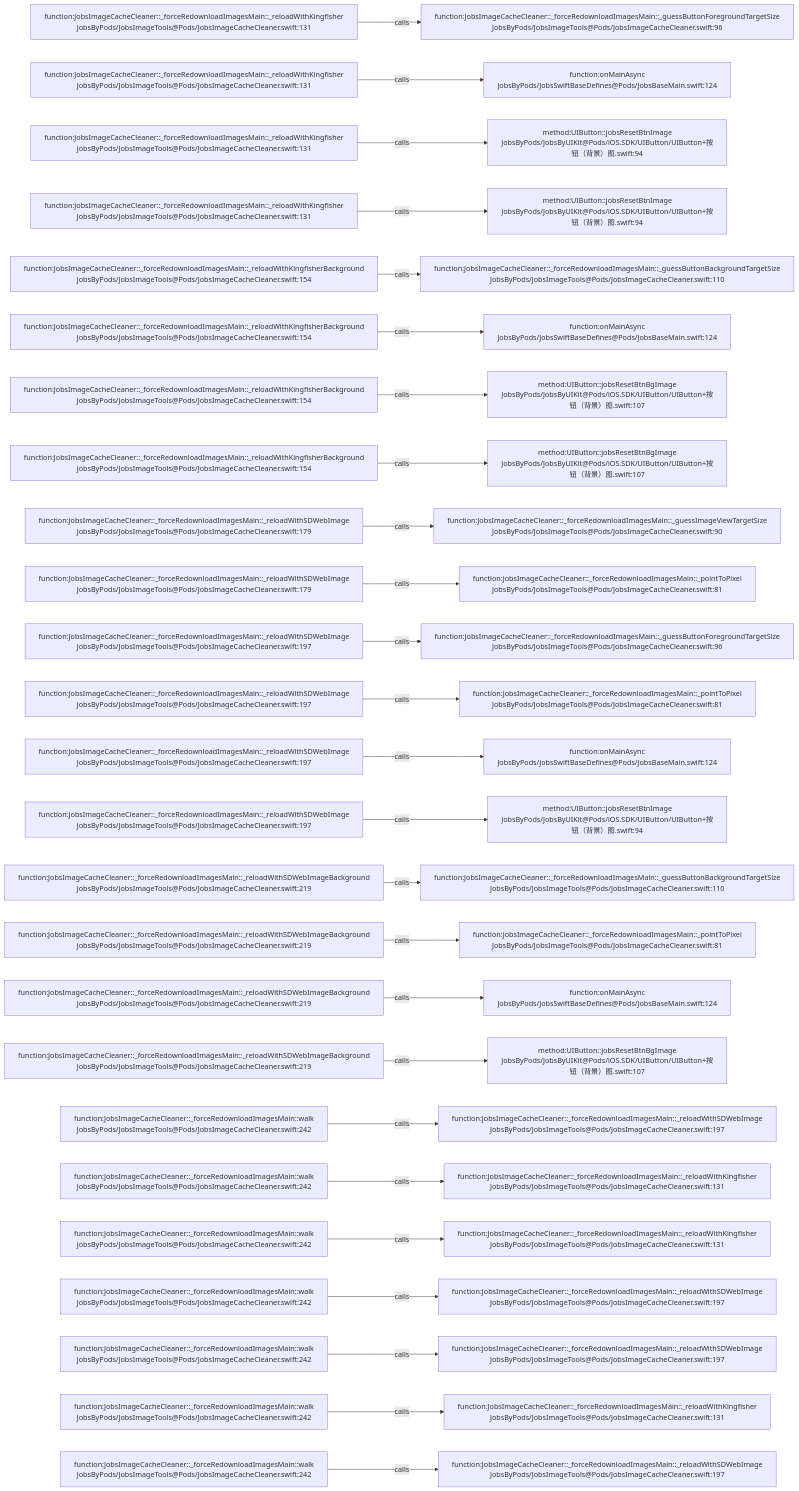
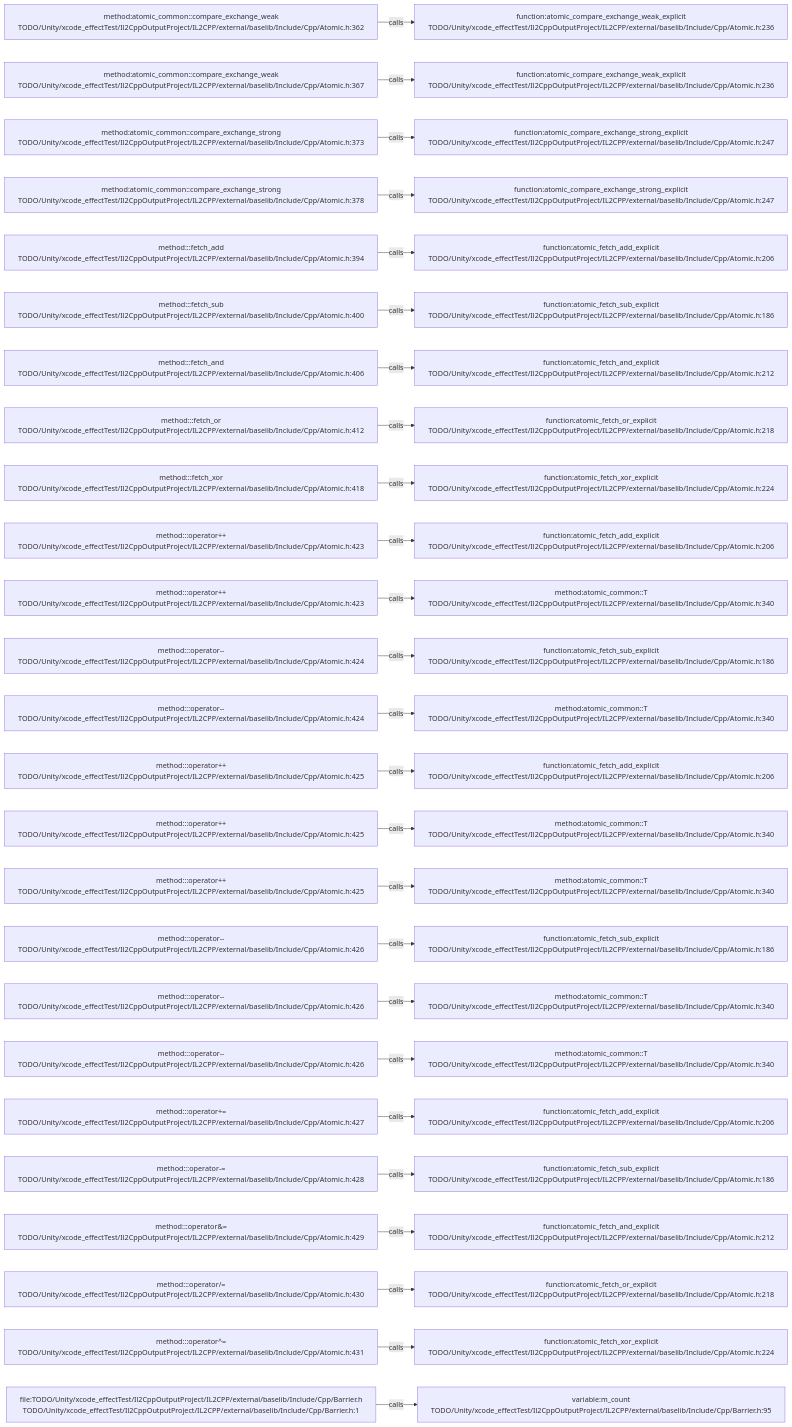
One commit to JobsKits/JobsSwiftBaseConfigDemo changed the diagram in .codegraph/codegraph.md/graphs/calls-126.md. Above: the diagram before and after it, drawn with Mermaid. The commit also changed 569 other files, not shown here.

````diff
--- a/.codegraph/codegraph.md/graphs/calls-126.md
+++ b/.codegraph/codegraph.md/graphs/calls-126.md
@@ -13,78 +13,78 @@
 ```mermaid
 flowchart LR
-  S1["function:JobsImageCacheCleaner::_forceRedownloadImagesMain::_reloadWithKingfisher<br/>JobsByPods/JobsImageTools@Pods/JobsImageCacheCleaner.swift:131"]
-  T1["function:JobsImageCacheCleaner::_forceRedownloadImagesMain::_guessButtonForegroundTargetSize<br/>JobsByPods/JobsImageTools@Pods/JobsImageCacheCleaner.swift:96"]
+  S1["method:atomic_common::compare_exchange_weak<br/>TODO/Unity/xcode_effectTest/Il2CppOutputProject/IL2CPP/external/baselib/Include/Cpp/Atomic.h:362"]
+  T1["function:atomic_compare_exchange_weak_explicit<br/>TODO/Unity/xcode_effectTest/Il2CppOutputProject/IL2CPP/external/baselib/Include/Cpp/Atomic.h:236"]
   S1 -->|calls| T1
-  S2["function:JobsImageCacheCleaner::_forceRedownloadImagesMain::_reloadWithKingfisher<br/>JobsByPods/JobsImageTools@Pods/JobsImageCacheCleaner.swift:131"]
-  T2["function:onMainAsync<br/>JobsByPods/JobsSwiftBaseDefines@Pods/JobsBaseMain.swift:124"]
+  S2["method:atomic_common::compare_exchange_weak<br/>TODO/Unity/xcode_effectTest/Il2CppOutputProject/IL2CPP/external/baselib/Include/Cpp/Atomic.h:367"]
+  T2["function:atomic_compare_exchange_weak_explicit<br/>TODO/Unity/xcode_effectTest/Il2CppOutputProject/IL2CPP/external/baselib/Include/Cpp/Atomic.h:236"]
   S2 -->|calls| T2
-  S3["function:JobsImageCacheCleaner::_forceRedownloadImagesMain::_reloadWithKingfisher<br/>JobsByPods/JobsImageTools@Pods/JobsImageCacheCleaner.swift:131"]
-  T3["method:UIButton::jobsResetBtnImage<br/>JobsByPods/JobsByUIKit@Pods/iOS.SDK/UIButton/UIButton+按钮（背景）图.swift:94"]
+  S3["method:atomic_common::compare_exchange_strong<br/>TODO/Unity/xcode_effectTest/Il2CppOutputProject/IL2CPP/external/baselib/Include/Cpp/Atomic.h:373"]
+  T3["function:atomic_compare_exchange_strong_explicit<br/>TODO/Unity/xcode_effectTest/Il2CppOutputProject/IL2CPP/external/baselib/Include/Cpp/Atomic.h:247"]
   S3 -->|calls| T3
-  S4["function:JobsImageCacheCleaner::_forceRedownloadImagesMain::_reloadWithKingfisher<br/>JobsByPods/JobsImageTools@Pods/JobsImageCacheCleaner.swift:131"]
-  T4["method:UIButton::jobsResetBtnImage<br/>JobsByPods/JobsByUIKit@Pods/iOS.SDK/UIButton/UIButton+按钮（背景）图.swift:94"]
+  S4["method:atomic_common::compare_exchange_strong<br/>TODO/Unity/xcode_effectTest/Il2CppOutputProject/IL2CPP/external/baselib/Include/Cpp/Atomic.h:378"]
+  T4["function:atomic_compare_exchange_strong_explicit<br/>TODO/Unity/xcode_effectTest/Il2CppOutputProject/IL2CPP/external/baselib/Include/Cpp/Atomic.h:247"]
   S4 -->|calls| T4
-  S5["function:JobsImageCacheCleaner::_forceRedownloadImagesMain::_reloadWithKingfisherBackground<br/>JobsByPods/JobsImageTools@Pods/JobsImageCacheCleaner.swift:154"]
-  T5["function:JobsImageCacheCleaner::_forceRedownloadImagesMain::_guessButtonBackgroundTargetSize<br/>JobsByPods/JobsImageTools@Pods/JobsImageCacheCleaner.swift:110"]
+  S5["method:<anonymous>::fetch_add<br/>TODO/Unity/xcode_effectTest/Il2CppOutputProject/IL2CPP/external/baselib/Include/Cpp/Atomic.h:394"]
+  T5["function:atomic_fetch_add_explicit<br/>TODO/Unity/xcode_effectTest/Il2CppOutputProject/IL2CPP/external/baselib/Include/Cpp/Atomic.h:206"]
   S5 -->|calls| T5
-  S6["function:JobsImageCacheCleaner::_forceRedownloadImagesMain::_reloadWithKingfisherBackground<br/>JobsByPods/JobsImageTools@Pods/JobsImageCacheCleaner.swift:154"]
-  T6["function:onMainAsync<br/>JobsByPods/JobsSwiftBaseDefines@Pods/JobsBaseMain.swift:124"]
+  S6["method:<anonymous>::fetch_sub<br/>TODO/Unity/xcode_effectTest/Il2CppOutputProject/IL2CPP/external/baselib/Include/Cpp/Atomic.h:400"]
+  T6["function:atomic_fetch_sub_explicit<br/>TODO/Unity/xcode_effectTest/Il2CppOutputProject/IL2CPP/external/baselib/Include/Cpp/Atomic.h:186"]
   S6 -->|calls| T6
-  S7["function:JobsImageCacheCleaner::_forceRedownloadImagesMain::_reloadWithKingfisherBackground<br/>JobsByPods/JobsImageTools@Pods/JobsImageCacheCleaner.swift:154"]
-  T7["method:UIButton::jobsResetBtnBgImage<br/>JobsByPods/JobsByUIKit@Pods/iOS.SDK/UIButton/UIButton+按钮（背景）图.swift:107"]
+  S7["method:<anonymous>::fetch_and<br/>TODO/Unity/xcode_effectTest/Il2CppOutputProject/IL2CPP/external/baselib/Include/Cpp/Atomic.h:406"]
+  T7["function:atomic_fetch_and_explicit<br/>TODO/Unity/xcode_effectTest/Il2CppOutputProject/IL2CPP/external/baselib/Include/Cpp/Atomic.h:212"]
   S7 -->|calls| T7
-  S8["function:JobsImageCacheCleaner::_forceRedownloadImagesMain::_reloadWithKingfisherBackground<br/>JobsByPods/JobsImageTools@Pods/JobsImageCacheCleaner.swift:154"]
-  T8["method:UIButton::jobsResetBtnBgImage<br/>JobsByPods/JobsByUIKit@Pods/iOS.SDK/UIButton/UIButton+按钮（背景）图.swift:107"]
+  S8["method:<anonymous>::fetch_or<br/>TODO/Unity/xcode_effectTest/Il2CppOutputProject/IL2CPP/external/baselib/Include/Cpp/Atomic.h:412"]
+  T8["function:atomic_fetch_or_explicit<br/>TODO/Unity/xcode_effectTest/Il2CppOutputProject/IL2CPP/external/baselib/Include/Cpp/Atomic.h:218"]
   S8 -->|calls| T8
-  S9["function:JobsImageCacheCleaner::_forceRedownloadImagesMain::_reloadWithSDWebImage<br/>JobsByPods/JobsImageTools@Pods/JobsImageCacheCleaner.swift:179"]
-  T9["function:JobsImageCacheCleaner::_forceRedownloadImagesMain::_guessImageViewTargetSize<br/>JobsByPods/JobsImageTools@Pods/JobsImageCacheCleaner.swift:90"]
+  S9["method:<anonymous>::fetch_xor<br/>TODO/Unity/xcode_effectTest/Il2CppOutputProject/IL2CPP/external/baselib/Include/Cpp/Atomic.h:418"]
+  T9["function:atomic_fetch_xor_explicit<br/>TODO/Unity/xcode_effectTest/Il2CppOutputProject/IL2CPP/external/baselib/Include/Cpp/Atomic.h:224"]
   S9 -->|calls| T9
-  S10["function:JobsImageCacheCleaner::_forceRedownloadImagesMain::_reloadWithSDWebImage<br/>JobsByPods/JobsImageTools@Pods/JobsImageCacheCleaner.swift:179"]
-  T10["function:JobsImageCacheCleaner::_forceRedownloadImagesMain::_pointToPixel<br/>JobsByPods/JobsImageTools@Pods/JobsImageCacheCleaner.swift:81"]
+  S10["method:<anonymous>::operator++<br/>TODO/Unity/xcode_effectTest/Il2CppOutputProject/IL2CPP/external/baselib/Include/Cpp/Atomic.h:423"]
+  T10["function:atomic_fetch_add_explicit<br/>TODO/Unity/xcode_effectTest/Il2CppOutputProject/IL2CPP/external/baselib/Include/Cpp/Atomic.h:206"]
   S10 -->|calls| T10
-  S11["function:JobsImageCacheCleaner::_forceRedownloadImagesMain::_reloadWithSDWebImage<br/>JobsByPods/JobsImageTools@Pods/JobsImageCacheCleaner.swift:197"]
-  T11["function:JobsImageCacheCleaner::_forceRedownloadImagesMain::_guessButtonForegroundTargetSize<br/>JobsByPods/JobsImageTools@Pods/JobsImageCacheCleaner.swift:96"]
+  S11["method:<anonymous>::operator++<br/>TODO/Unity/xcode_effectTest/Il2CppOutputProject/IL2CPP/external/baselib/Include/Cpp/Atomic.h:423"]
+  T11["method:atomic_common::T<br/>TODO/Unity/xcode_effectTest/Il2CppOutputProject/IL2CPP/external/baselib/Include/Cpp/Atomic.h:340"]
   S11 -->|calls| T11
-  S12["function:JobsImageCacheCleaner::_forceRedownloadImagesMain::_reloadWithSDWebImage<br/>JobsByPods/JobsImageTools@Pods/JobsImageCacheCleaner.swift:197"]
-  T12["function:JobsImageCacheCleaner::_forceRedownloadImagesMain::_pointToPixel<br/>JobsByPods/JobsImageTools@Pods/JobsImageCacheCleaner.swift:81"]
+  S12["method:<anonymous>::operator--<br/>TODO/Unity/xcode_effectTest/Il2CppOutputProject/IL2CPP/external/baselib/Include/Cpp/Atomic.h:424"]
+  T12["function:atomic_fetch_sub_explicit<br/>TODO/Unity/xcode_effectTest/Il2CppOutputProject/IL2CPP/external/baselib/Include/Cpp/Atomic.h:186"]
   S12 -->|calls| T12
-  S13["function:JobsImageCacheCleaner::_forceRedownloadImagesMain::_reloadWithSDWebImage<br/>JobsByPods/JobsImageTools@Pods/JobsImageCacheCleaner.swift:197"]
-  T13["function:onMainAsync<br/>JobsByPods/JobsSwiftBaseDefines@Pods/JobsBaseMain.swift:124"]
+  S13["method:<anonymous>::operator--<br/>TODO/Unity/xcode_effectTest/Il2CppOutputProject/IL2CPP/external/baselib/Include/Cpp/Atomic.h:424"]
+  T13["method:atomic_common::T<br/>TODO/Unity/xcode_effectTest/Il2CppOutputProject/IL2CPP/external/baselib/Include/Cpp/Atomic.h:340"]
   S13 -->|calls| T13
-  S14["function:JobsImageCacheCleaner::_forceRedownloadImagesMain::_reloadWithSDWebImage<br/>JobsByPods/JobsImageTools@Pods/JobsImageCacheCleaner.swift:197"]
-  T14["method:UIButton::jobsResetBtnImage<br/>JobsByPods/JobsByUIKit@Pods/iOS.SDK/UIButton/UIButton+按钮（背景）图.swift:94"]
+  S14["method:<anonymous>::operator++<br/>TODO/Unity/xcode_effectTest/Il2CppOutputProject/IL2CPP/external/baselib/Include/Cpp/Atomic.h:425"]
+  T14["function:atomic_fetch_add_explicit<br/>TODO/Unity/xcode_effectTest/Il2CppOutputProject/IL2CPP/external/baselib/Include/Cpp/Atomic.h:206"]
   S14 -->|calls| T14
-  S15["function:JobsImageCacheCleaner::_forceRedownloadImagesMain::_reloadWithSDWebImageBackground<br/>JobsByPods/JobsImageTools@Pods/JobsImageCacheCleaner.swift:219"]
-  T15["function:JobsImageCacheCleaner::_forceRedownloadImagesMain::_guessButtonBackgroundTargetSize<br/>JobsByPods/JobsImageTools@Pods/JobsImageCacheCleaner.swift:110"]
+  S15["method:<anonymous>::operator++<br/>TODO/Unity/xcode_effectTest/Il2CppOutputProject/IL2CPP/external/baselib/Include/Cpp/Atomic.h:425"]
+  T15["method:atomic_common::T<br/>TODO/Unity/xcode_effectTest/Il2CppOutputProject/IL2CPP/external/baselib/Include/Cpp/Atomic.h:340"]
   S15 -->|calls| T15
-  S16["function:JobsImageCacheCleaner::_forceRedownloadImagesMain::_reloadWithSDWebImageBackground<br/>JobsByPods/JobsImageTools@Pods/JobsImageCacheCleaner.swift:219"]
-  T16["function:JobsImageCacheCleaner::_forceRedownloadImagesMain::_pointToPixel<br/>JobsByPods/JobsImageTools@Pods/JobsImageCacheCleaner.swift:81"]
+  S16["method:<anonymous>::operator++<br/>TODO/Unity/xcode_effectTest/Il2CppOutputProject/IL2CPP/external/baselib/Include/Cpp/Atomic.h:425"]
+  T16["method:atomic_common::T<br/>TODO/Unity/xcode_effectTest/Il2CppOutputProject/IL2CPP/external/baselib/Include/Cpp/Atomic.h:340"]
   S16 -->|calls| T16
-  S17["function:JobsImageCacheCleaner::_forceRedownloadImagesMain::_reloadWithSDWebImageBackground<br/>JobsByPods/JobsImageTools@Pods/JobsImageCacheCleaner.swift:219"]
-  T17["function:onMainAsync<br/>JobsByPods/JobsSwiftBaseDefines@Pods/JobsBaseMain.swift:124"]
+  S17["method:<anonymous>::operator--<br/>TODO/Unity/xcode_effectTest/Il2CppOutputProject/IL2CPP/external/baselib/Include/Cpp/Atomic.h:426"]
+  T17["function:atomic_fetch_sub_explicit<br/>TODO/Unity/xcode_effectTest/Il2CppOutputProject/IL2CPP/external/baselib/Include/Cpp/Atomic.h:186"]
   S17 -->|calls| T17
-  S18["function:JobsImageCacheCleaner::_forceRedownloadImagesMain::_reloadWithSDWebImageBackground<br/>JobsByPods/JobsImageTools@Pods/JobsImageCacheCleaner.swift:219"]
-  T18["method:UIButton::jobsResetBtnBgImage<br/>JobsByPods/JobsByUIKit@Pods/iOS.SDK/UIButton/UIButton+按钮（背景）图.swift:107"]
+  S18["method:<anonymous>::operator--<br/>TODO/Unity/xcode_effectTest/Il2CppOutputProject/IL2CPP/external/baselib/Include/Cpp/Atomic.h:426"]
+  T18["method:atomic_common::T<br/>TODO/Unity/xcode_effectTest/Il2CppOutputProject/IL2CPP/external/baselib/Include/Cpp/Atomic.h:340"]
   S18 -->|calls| T18
-  S19["function:JobsImageCacheCleaner::_forceRedownloadImagesMain::walk<br/>JobsByPods/JobsImageTools@Pods/JobsImageCacheCleaner.swift:242"]
-  T19["function:JobsImageCacheCleaner::_forceRedownloadImagesMain::_reloadWithSDWebImage<br/>JobsByPods/JobsImageTools@Pods/JobsImageCacheCleaner.swift:197"]
+  S19["method:<anonymous>::operator--<br/>TODO/Unity/xcode_effectTest/Il2CppOutputProject/IL2CPP/external/baselib/Include/Cpp/Atomic.h:426"]
+  T19["method:atomic_common::T<br/>TODO/Unity/xcode_effectTest/Il2CppOutputProject/IL2CPP/external/baselib/Include/Cpp/Atomic.h:340"]
   S19 -->|calls| T19
-  S20["function:JobsImageCacheCleaner::_forceRedownloadImagesMain::walk<br/>JobsByPods/JobsImageTools@Pods/JobsImageCacheCleaner.swift:242"]
-  T20["function:JobsImageCacheCleaner::_forceRedownloadImagesMain::_reloadWithKingfisher<br/>JobsByPods/JobsImageTools@Pods/JobsImageCacheCleaner.swift:131"]
+  S20["method:<anonymous>::operator+=<br/>TODO/Unity/xcode_effectTest/Il2CppOutputProject/IL2CPP/external/baselib/Include/Cpp/Atomic.h:427"]
+  T20["function:atomic_fetch_add_explicit<br/>TODO/Unity/xcode_effectTest/Il2CppOutputProject/IL2CPP/external/baselib/Include/Cpp/Atomic.h:206"]
   S20 -->|calls| T20
-  S21["function:JobsImageCacheCleaner::_forceRedownloadImagesMain::walk<br/>JobsByPods/JobsImageTools@Pods/JobsImageCacheCleaner.swift:242"]
-  T21["function:JobsImageCacheCleaner::_forceRedownloadImagesMain::_reloadWithKingfisher<br/>JobsByPods/JobsImageTools@Pods/JobsImageCacheCleaner.swift:131"]
+  S21["method:<anonymous>::operator-=<br/>TODO/Unity/xcode_effectTest/Il2CppOutputProject/IL2CPP/external/baselib/Include/Cpp/Atomic.h:428"]
+  T21["function:atomic_fetch_sub_explicit<br/>TODO/Unity/xcode_effectTest/Il2CppOutputProject/IL2CPP/external/baselib/Include/Cpp/Atomic.h:186"]
   S21 -->|calls| T21
-  S22["function:JobsImageCacheCleaner::_forceRedownloadImagesMain::walk<br/>JobsByPods/JobsImageTools@Pods/JobsImageCacheCleaner.swift:242"]
-  T22["function:JobsImageCacheCleaner::_forceRedownloadImagesMain::_reloadWithSDWebImage<br/>JobsByPods/JobsImageTools@Pods/JobsImageCacheCleaner.swift:197"]
+  S22["method:<anonymous>::operator&=<br/>TODO/Unity/xcode_effectTest/Il2CppOutputProject/IL2CPP/external/baselib/Include/Cpp/Atomic.h:429"]
+  T22["function:atomic_fetch_and_explicit<br/>TODO/Unity/xcode_effectTest/Il2CppOutputProject/IL2CPP/external/baselib/Include/Cpp/Atomic.h:212"]
   S22 -->|calls| T22
-  S23["function:JobsImageCacheCleaner::_forceRedownloadImagesMain::walk<br/>JobsByPods/JobsImageTools@Pods/JobsImageCacheCleaner.swift:242"]
-  T23["function:JobsImageCacheCleaner::_forceRedownloadImagesMain::_reloadWithSDWebImage<br/>JobsByPods/JobsImageTools@Pods/JobsImageCacheCleaner.swift:197"]
+  S23["method:<anonymous>::operator/=<br/>TODO/Unity/xcode_effectTest/Il2CppOutputProject/IL2CPP/external/baselib/Include/Cpp/Atomic.h:430"]
+  T23["function:atomic_fetch_or_explicit<br/>TODO/Unity/xcode_effectTest/Il2CppOutputProject/IL2CPP/external/baselib/Include/Cpp/Atomic.h:218"]
   S23 -->|calls| T23
-  S24["function:JobsImageCacheCleaner::_forceRedownloadImagesMain::walk<br/>JobsByPods/JobsImageTools@Pods/JobsImageCacheCleaner.swift:242"]
-  T24["function:JobsImageCacheCleaner::_forceRedownloadImagesMain::_reloadWithKingfisher<br/>JobsByPods/JobsImageTools@Pods/JobsImageCacheCleaner.swift:131"]
+  S24["method:<anonymous>::operator^=<br/>TODO/Unity/xcode_effectTest/Il2CppOutputProject/IL2CPP/external/baselib/Include/Cpp/Atomic.h:431"]
+  T24["function:atomic_fetch_xor_explicit<br/>TODO/Unity/xcode_effectTest/Il2CppOutputProject/IL2CPP/external/baselib/Include/Cpp/Atomic.h:224"]
   S24 -->|calls| T24
-  S25["function:JobsImageCacheCleaner::_forceRedownloadImagesMain::walk<br/>JobsByPods/JobsImageTools@Pods/JobsImageCacheCleaner.swift:242"]
-  T25["function:JobsImageCacheCleaner::_forceRedownloadImagesMain::_reloadWithSDWebImage<br/>JobsByPods/JobsImageTools@Pods/JobsImageCacheCleaner.swift:197"]
+  S25["file:TODO/Unity/xcode_effectTest/Il2CppOutputProject/IL2CPP/external/baselib/Include/Cpp/Barrier.h<br/>TODO/Unity/xcode_effectTest/Il2CppOutputProject/IL2CPP/external/baselib/Include/Cpp/Barrier.h:1"]
+  T25["variable:m_count<br/>TODO/Unity/xcode_effectTest/Il2CppOutputProject/IL2CPP/external/baselib/Include/Cpp/Barrier.h:95"]
   S25 -->|calls| T25
 ```
````
